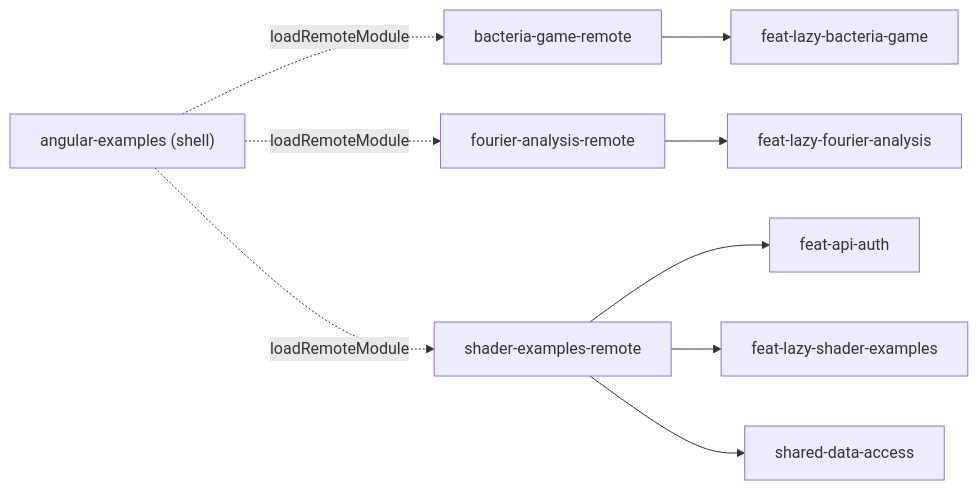
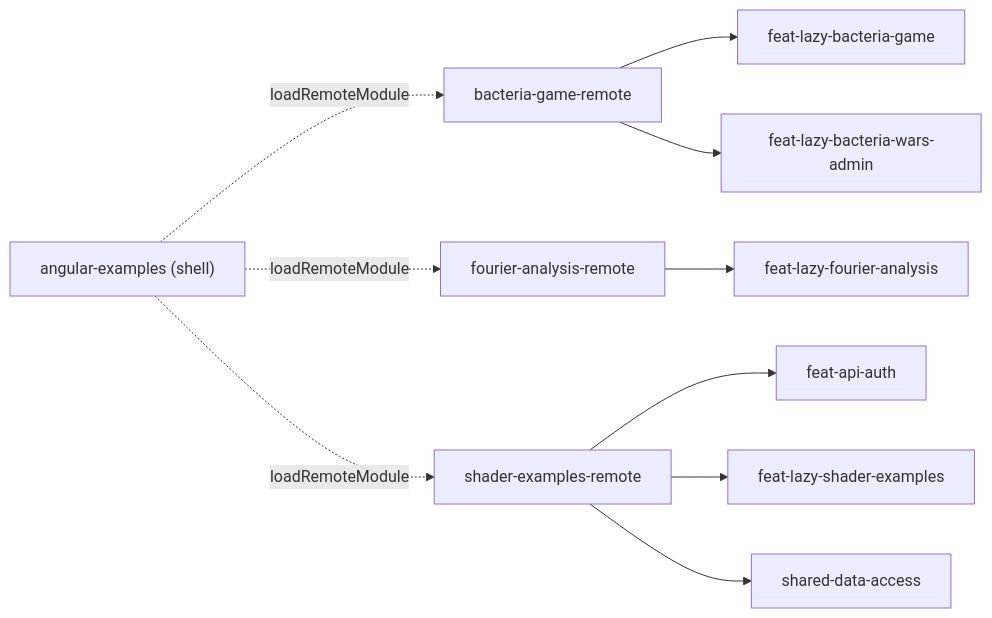
The third of 4 diagrams in docs/architecture/README.md (WolfSoko/wol-sok-mono), drawn with Mermaid before and after one commit. The commit also changed other lines of this file, not shown here.

First line of the commit message:
docs(tools): 📚️ refresh architecture diagrams

````diff
--- a/docs/architecture/README.md
+++ b/docs/architecture/README.md
@@ -97,15 +104,16 @@
 ```mermaid
 flowchart LR
   shell["angular-examples (shell)"]
   bacteria_game_remote["bacteria-game-remote"]
   shell -. "loadRemoteModule" .-> bacteria_game_remote
   bacteria_game_remote --> feat_lazy_bacteria_game["feat-lazy-bacteria-game"]
+  bacteria_game_remote --> feat_lazy_bacteria_wars_admin["feat-lazy-bacteria-wars-admin"]
   fourier_analysis_remote["fourier-analysis-remote"]
   shell -. "loadRemoteModule" .-> fourier_analysis_remote
   fourier_analysis_remote --> feat_lazy_fourier_analysis["feat-lazy-fourier-analysis"]
   shader_examples_remote["shader-examples-remote"]
   shell -. "loadRemoteModule" .-> shader_examples_remote
   shader_examples_remote --> feat_api_auth["feat-api-auth"]
   shader_examples_remote --> feat_lazy_shader_examples["feat-lazy-shader-examples"]
   shader_examples_remote --> shared_data_access["shared-data-access"]
 ```
````
